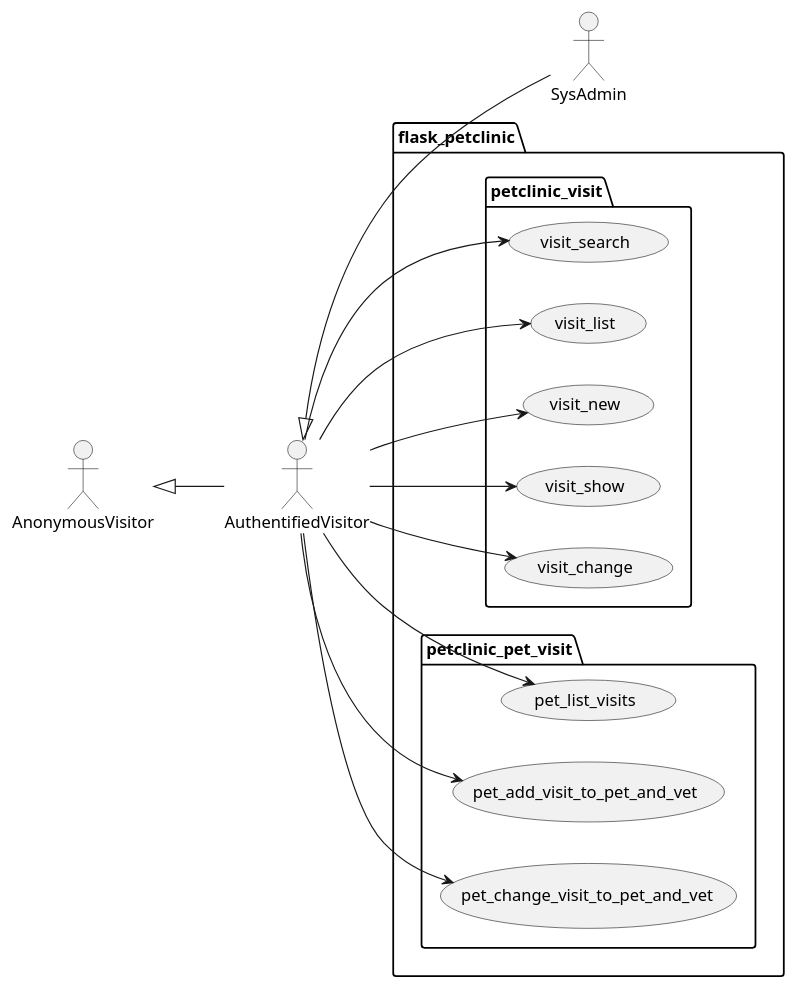
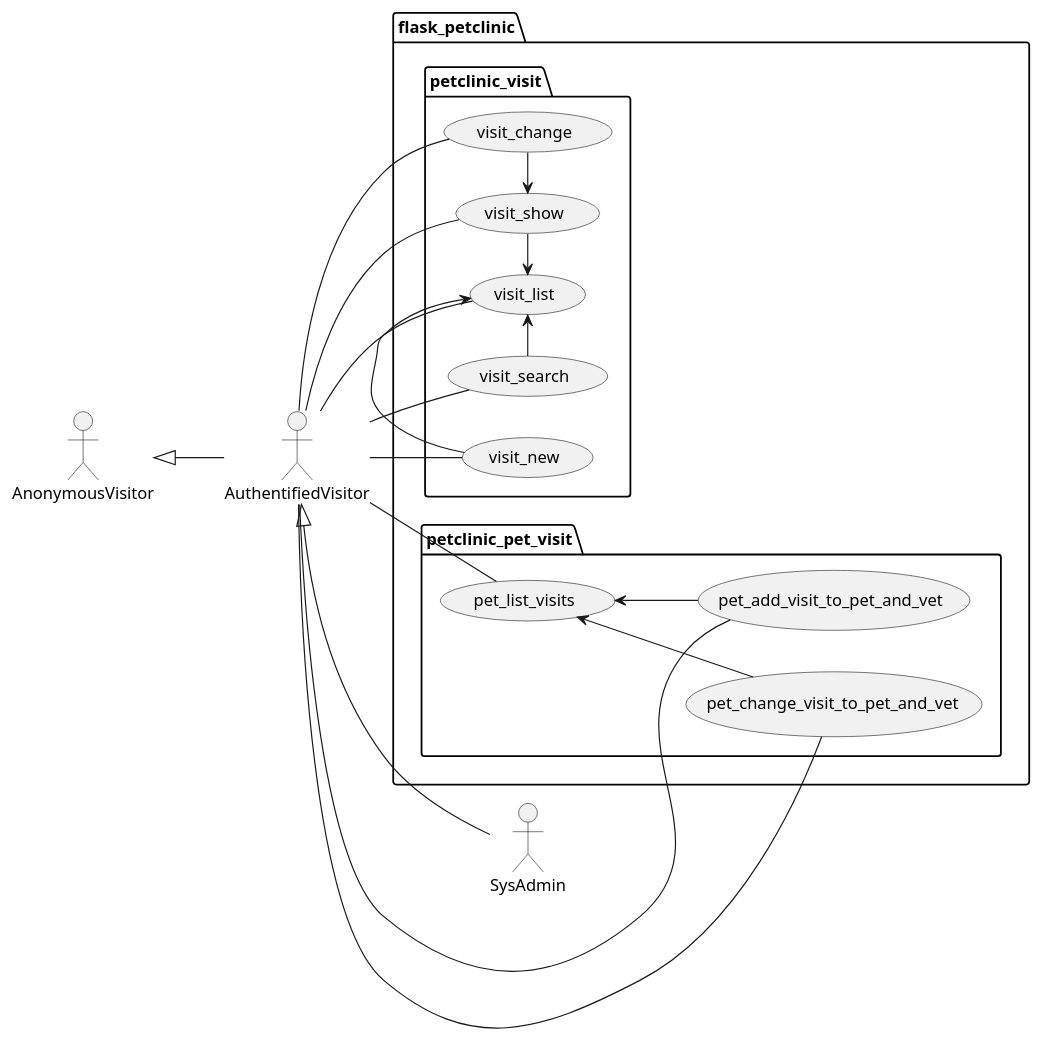
The diagram in project/petclinic_model/visit/visit.puml (Jakarta-EE-Petclinic/petclinic_flask), drawn with PlantUML before and after one commit. The commit also changed 7 other files, not shown here.

```diff
--- a/project/petclinic_model/visit/visit.puml
+++ b/project/petclinic_model/visit/visit.puml
@@ -1,41 +1,48 @@
 @startuml
 left to right direction
 
 actor AnonymousVisitor as av
 actor AuthentifiedVisitor as au
 actor SysAdmin as sa
 
 av <|-- au
 au <|-- sa
 
 package flask_petclinic {
 
     package petclinic_visit {
 
         usecase visit_search as uc6000
         usecase visit_list as uc6001
         usecase visit_new as uc6002
         usecase visit_show as uc6003
         usecase visit_change as uc6004
 
-        au --> uc6000
-        au --> uc6001
-        au --> uc6002
-        au --> uc6003
-        au --> uc6004
+        uc6001 <- uc6000
+        uc6001 <- uc6002
+        uc6001 <- uc6003
+        uc6003 <- uc6004
 
+        au -- uc6000
+        au -- uc6001
+        au -- uc6002
+        au -- uc6003
+        au -- uc6004
     }
 
     package petclinic_pet_visit {
 
         usecase pet_list_visits as uc6020
         usecase pet_add_visit_to_pet_and_vet as uc6021
         usecase pet_change_visit_to_pet_and_vet as uc6022
 
-        au --> uc6020
-        au --> uc6021
-        au --> uc6022
+        uc6020 <-- uc6021
+        uc6020 <-- uc6022
+
+        au -- uc6020
+        au -- uc6021
+        au -- uc6022
     }
 
 }
 @enduml
```
